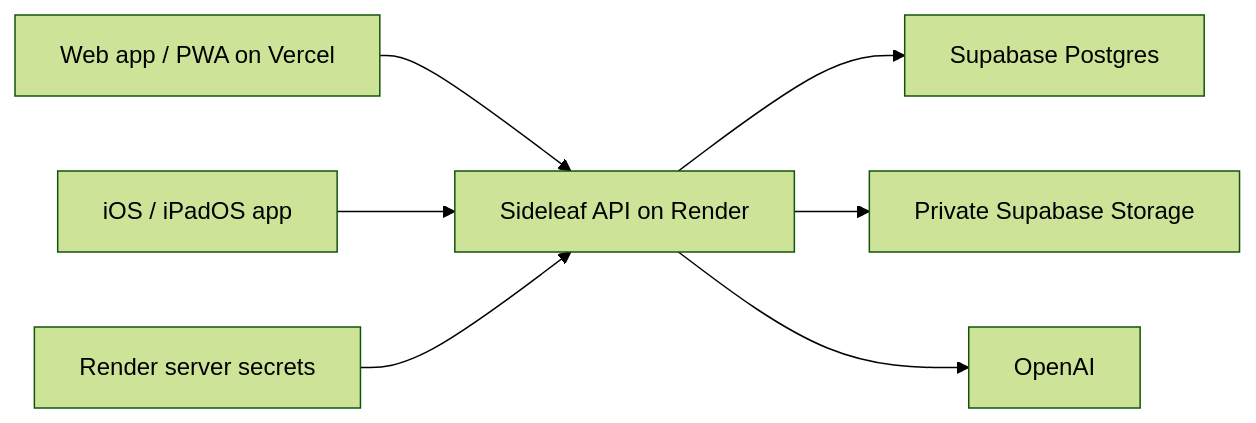
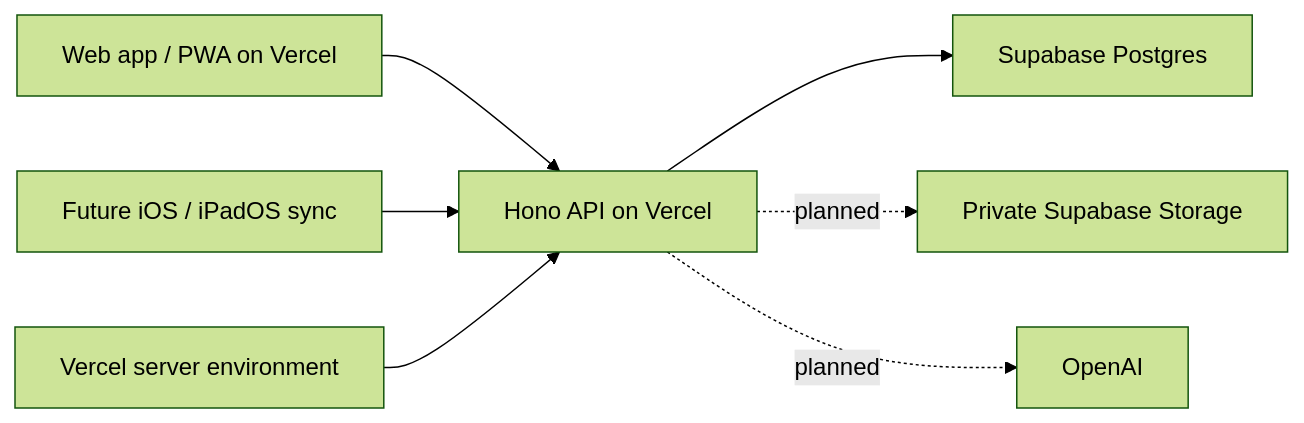
Before and after one commit to ThinkHale/Sideleaf: the diagram in docs/hosting-secrets.md, drawn with Mermaid (forest theme). The commit also changed other lines of this file and 34 other files, not shown here.

Commit message:
Deploy Sideleaf beta on Vercel and Supabase

````diff
--- a/docs/hosting-secrets.md
+++ b/docs/hosting-secrets.md
@@ -9,9 +9,9 @@
 ```mermaid
 flowchart LR
-  Web[Web app / PWA on Vercel] --> API[Sideleaf API on Render]
-  Native[iOS / iPadOS app] --> API
+  Web[Web app / PWA on Vercel] --> API[Hono API on Vercel]
+  Native[Future iOS / iPadOS sync] --> API
+  Secrets[Vercel server environment] --> API
   API --> DB[Supabase Postgres]
-  API --> Files[Private Supabase Storage]
-  API --> AI[OpenAI]
-  Secrets[Render server secrets] --> API
+  API -. planned .-> Files[Private Supabase Storage]
+  API -. planned .-> AI[OpenAI]
 ```
````
